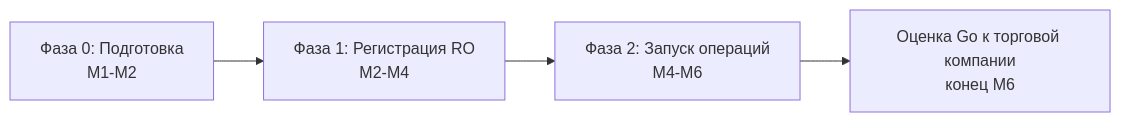
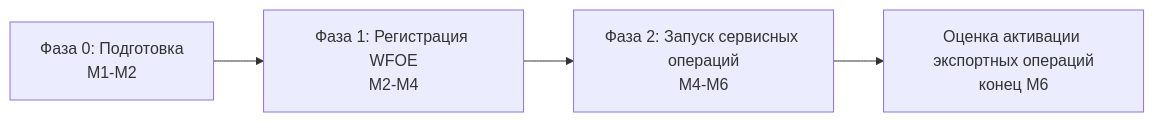
The diagram in representative in china DM/representation/office_setup/04_setup_development_plan_6m.md (SinopticsVit/resume), drawn with Mermaid before and after one commit. The commit also changed other lines of this file and 62 other files, not shown here.

````diff
--- a/representative in china DM/representation/office_setup/04_setup_development_plan_6m.md
+++ b/representative in china DM/representation/office_setup/04_setup_development_plan_6m.md
@@ -13,6 +12,6 @@
 ```mermaid
 flowchart LR
-    P0["Фаза 0: Подготовка<br/>M1-M2"] --> P1["Фаза 1: Регистрация RO<br/>M2-M4"]
-    P1 --> P2["Фаза 2: Запуск операций<br/>M4-M6"]
-    P2 --> P3["Оценка Go к торговой компании<br/>конец M6"]
+    P0["Фаза 0: Подготовка<br/>M1-M2"] --> P1["Фаза 1: Регистрация WFOE<br/>M2-M4"]
+    P1 --> P2["Фаза 2: Запуск сервисных операций<br/>M4-M6"]
+    P2 --> P3["Оценка активации экспортных операций<br/>конец M6"]
 ```
````
